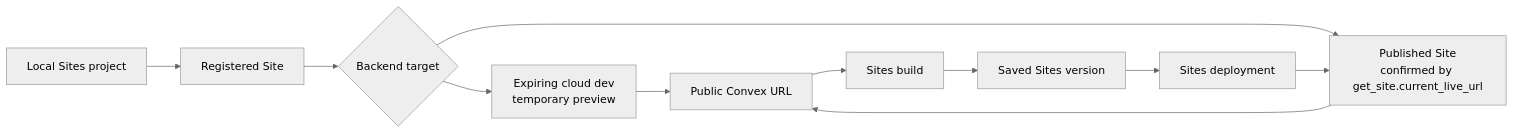
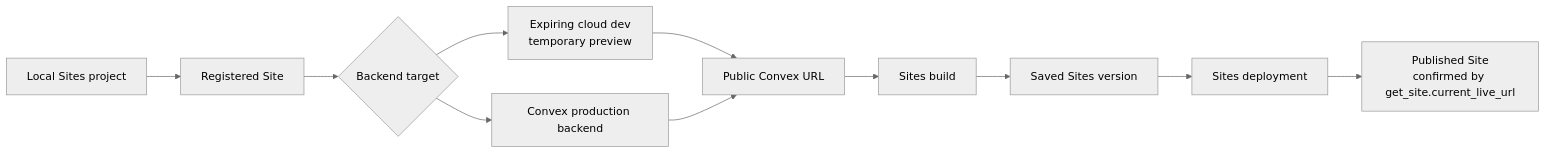
Before and after one commit to waynesutton/Codex-Sites-Convex-Backend-Skill: the second of 2 diagrams in README.md, drawn with Mermaid (neutral theme). The commit also changed other lines of this file and 17 other files, not shown here.

````diff
--- a/README.md
+++ b/README.md
@@ -52,13 +53,13 @@
 ```mermaid
 flowchart LR
     L["Local Sites project"] --> R["Registered Site"]
     R --> T{"Backend target"}
     T --> C["Expiring cloud dev<br/>temporary preview"]
     T --> P["Convex production backend"]
     C --> U["Public Convex URL"]
     P --> U
     U --> B["Sites build"]
     B --> V["Saved Sites version"]
     V --> D["Sites deployment"]
-    D --> P["Published Site<br/>confirmed by get_site.current_live_url"]
+    D --> LIVE["Published Site<br/>confirmed by get_site.current_live_url"]
 ```
````
